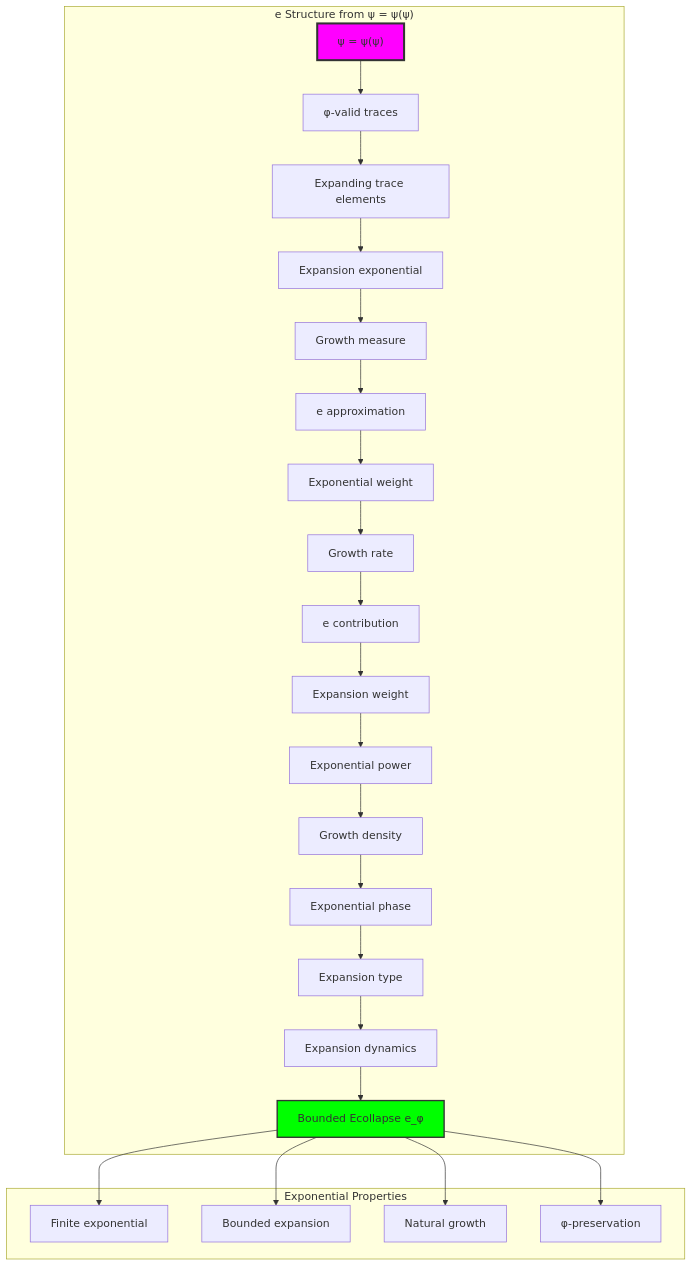
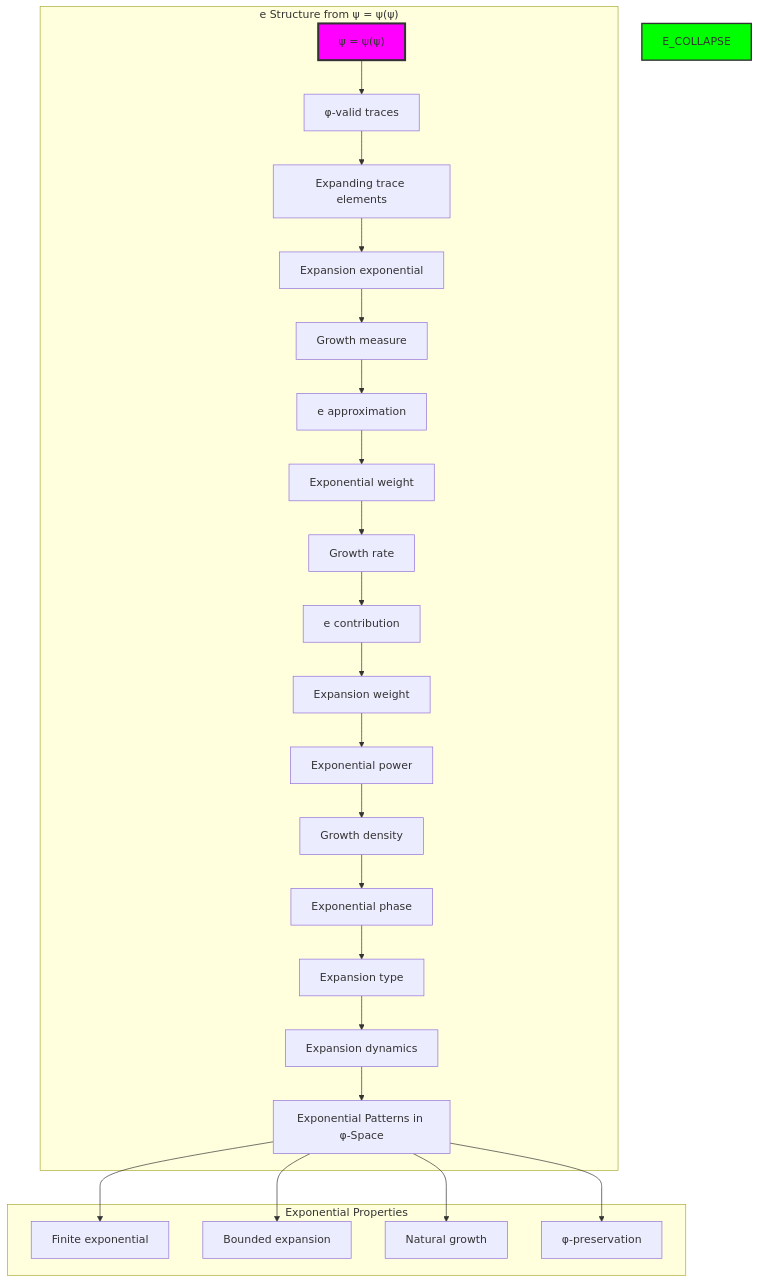
One commit to loning/the-binarymath changed the second of 8 diagrams in docs/codex/volume-05-spectral-collapse/chapter-084-e-collapse.md. Above: the diagram before and after it, drawn with Mermaid. The commit also changed other lines of this file and 9 other files, not shown here.

````diff
--- a/docs/codex/volume-05-spectral-collapse/chapter-084-e-collapse.md
+++ b/docs/codex/volume-05-spectral-collapse/chapter-084-e-collapse.md
@@ -134,50 +130,50 @@
 ```mermaid
 graph TD
     subgraph "e Structure from ψ = ψ(ψ)"
         PSI["ψ = ψ(ψ)"]
         TRACES["φ-valid traces"]
         EXPANSION_ELEMENTS["Expanding trace elements"]
         
         EXPONENTIAL["Expansion exponential"]
         GROWTH_MEASURE["Growth measure"]
         E_APPROXIMATION["e approximation"]
         EXPONENTIAL_WEIGHT["Exponential weight"]
         GROWTH_RATE["Growth rate"]
         E_CONTRIBUTION["e contribution"]
         EXPANSION_WEIGHT["Expansion weight"]
         EXPONENTIAL_POWER["Exponential power"]
         GROWTH_DENSITY["Growth density"]
         EXPONENTIAL_PHASE["Exponential phase"]
         EXPANSION_TYPE["Expansion type"]
         EXPANSION_DYNAMICS["Expansion dynamics"]
-        E_COLLAPSE["Bounded Ecollapse e_φ"]
+        E_PATTERNS["Exponential Patterns in φ-Space"]
         
         PSI --> TRACES
         TRACES --> EXPANSION_ELEMENTS
         EXPANSION_ELEMENTS --> EXPONENTIAL
         EXPONENTIAL --> GROWTH_MEASURE
         GROWTH_MEASURE --> E_APPROXIMATION
         E_APPROXIMATION --> EXPONENTIAL_WEIGHT
         EXPONENTIAL_WEIGHT --> GROWTH_RATE
         GROWTH_RATE --> E_CONTRIBUTION
         E_CONTRIBUTION --> EXPANSION_WEIGHT
         EXPANSION_WEIGHT --> EXPONENTIAL_POWER
         EXPONENTIAL_POWER --> GROWTH_DENSITY
         GROWTH_DENSITY --> EXPONENTIAL_PHASE
         EXPONENTIAL_PHASE --> EXPANSION_TYPE
         EXPANSION_TYPE --> EXPANSION_DYNAMICS
-        EXPANSION_DYNAMICS --> E_COLLAPSE
+        EXPANSION_DYNAMICS --> E_PATTERNS
     end
     
     subgraph "Exponential Properties"
         FINITE_EXPONENTIAL["Finite exponential"]
         BOUNDED_EXPANSION["Bounded expansion"]
         NATURAL_GROWTH["Natural growth"]
         PHI_PRESERVED["φ-preservation"]
         
-        E_COLLAPSE --> FINITE_EXPONENTIAL & BOUNDED_EXPANSION & NATURAL_GROWTH & PHI_PRESERVED
+        E_PATTERNS --> FINITE_EXPONENTIAL & BOUNDED_EXPANSION & NATURAL_GROWTH & PHI_PRESERVED
     end
     
     style PSI fill:#f0f,stroke:#333,stroke-width:3px
     style E_COLLAPSE fill:#0f0,stroke:#333,stroke-width:2px
 ```
````
